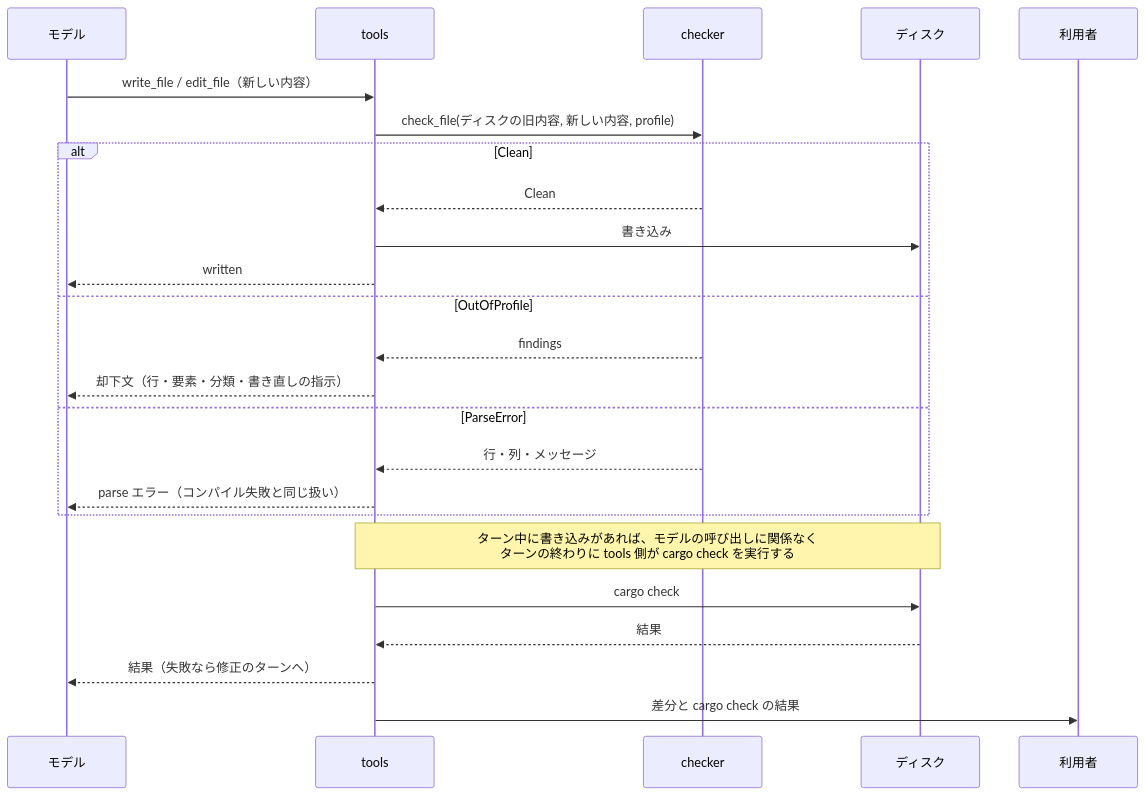
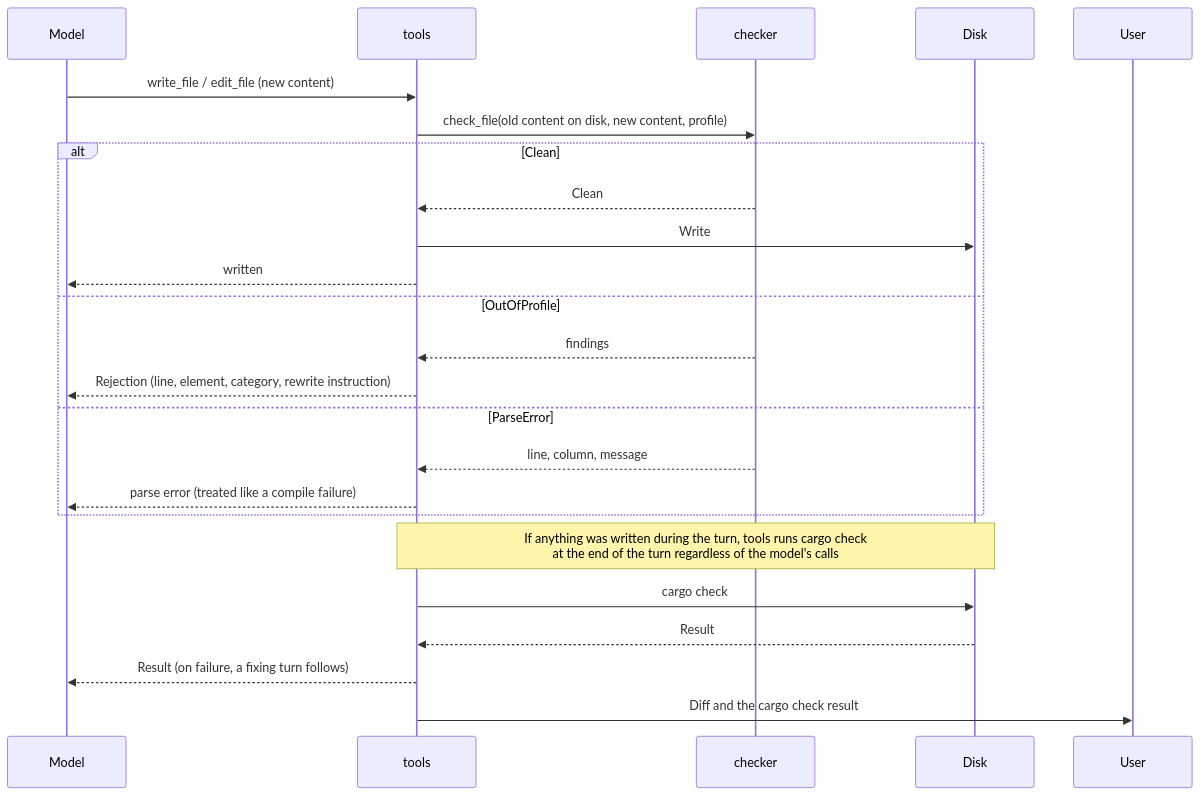
The eighth of 9 diagrams in PRD.md (sumiredc/molt), drawn with Mermaid before and after one commit. The commit also changed other lines of this file and 1 other file, not shown here.

````diff
--- a/PRD.md
+++ b/PRD.md
@@ -339,26 +341,26 @@
 ```mermaid
 sequenceDiagram
-  participant L as モデル
+  participant L as Model
   participant T as tools
   participant C as checker
-  participant D as ディスク
-  participant U as 利用者
-  L->>T: write_file / edit_file（新しい内容）
-  T->>C: check_file(ディスクの旧内容, 新しい内容, profile)
+  participant D as Disk
+  participant U as User
+  L->>T: write_file / edit_file (new content)
+  T->>C: check_file(old content on disk, new content, profile)
   alt Clean
     C-->>T: Clean
-    T->>D: 書き込み
+    T->>D: Write
     T-->>L: written
   else OutOfProfile
     C-->>T: findings
-    T-->>L: 却下文（行・要素・分類・書き直しの指示）
+    T-->>L: Rejection (line, element, category, rewrite instruction)
   else ParseError
-    C-->>T: 行・列・メッセージ
-    T-->>L: parse エラー（コンパイル失敗と同じ扱い）
+    C-->>T: line, column, message
+    T-->>L: parse error (treated like a compile failure)
   end
-  Note over T,D: ターン中に書き込みがあれば、モデルの呼び出しに関係なく<br/>ターンの終わりに tools 側が cargo check を実行する
+  Note over T,D: If anything was written during the turn, tools runs cargo check<br/>at the end of the turn regardless of the model's calls
   T->>D: cargo check
-  D-->>T: 結果
-  T-->>L: 結果（失敗なら修正のターンへ）
-  T->>U: 差分と cargo check の結果
+  D-->>T: Result
+  T-->>L: Result (on failure, a fixing turn follows)
+  T->>U: Diff and the cargo check result
 ```
````
